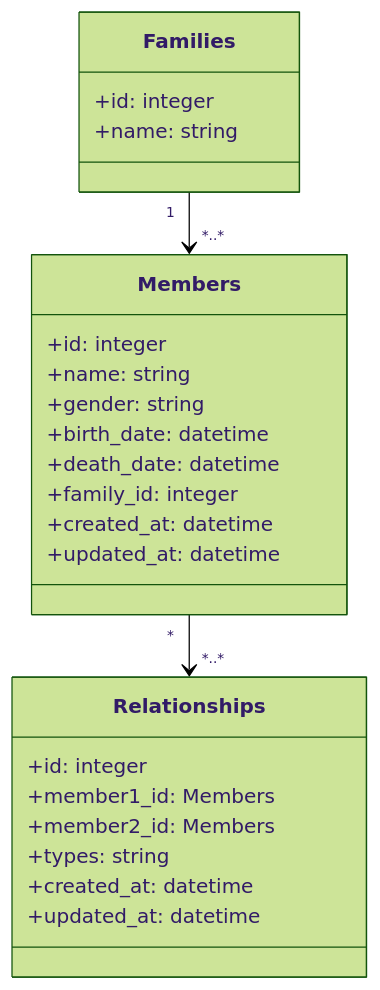
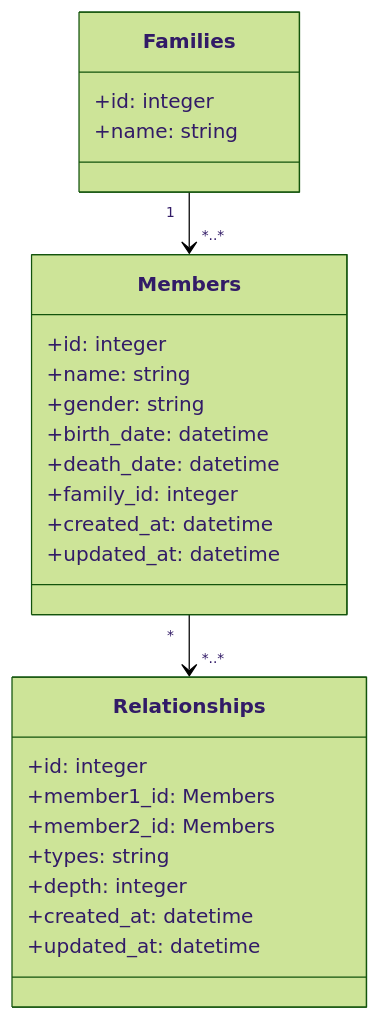
One commit to citra-rahman/family-tree changed the diagram in README.md. Above: the diagram before and after it, drawn with Mermaid (forest theme). The commit also changed other lines of this file, not shown here.

````diff
--- a/README.md
+++ b/README.md
@@ -16,27 +17,28 @@
 ```mermaid
 classDiagram
 class Families{
   +id: integer
   +name: string
 }
 class Members{
 +id: integer
 +name: string
 +gender: string
 +birth_date: datetime
 +death_date: datetime
 +family_id: integer
 +created_at: datetime
 +updated_at: datetime
 }
 class Relationships{
 +id: integer
 +member1_id: Members
 +member2_id: Members
 +types: string
++depth: integer
 +created_at: datetime
 +updated_at: datetime
 }
 Families "1" --> "*..*" Members
 Members "*" --> "*..*" Relationships
 ```
````
